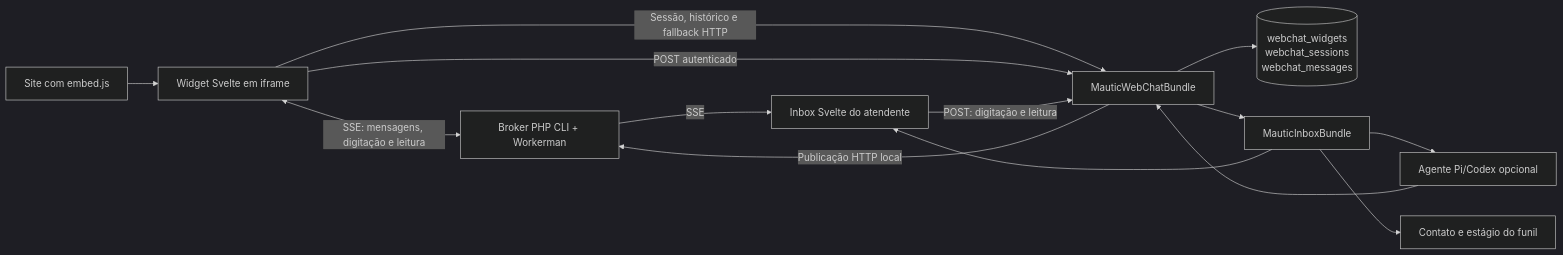
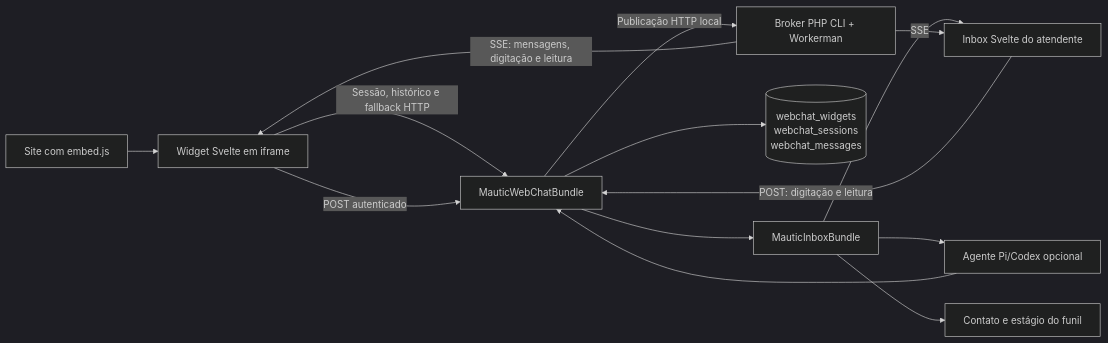
One commit to raphaelcangucu/mautic-webchat-bundle changed the diagram in README.md. Above: the diagram before and after it, drawn with Mermaid (dark theme). The commit also changed other lines of this file, not shown here.

Commit message:
docs: clarify one-way SSE event flow

````diff
--- a/README.md
+++ b/README.md
@@ -35,16 +35,16 @@
 ```mermaid
 flowchart LR
     Site[Site com embed.js] --> Frame[Widget Svelte em iframe]
-    Frame <-->|SSE: mensagens, digitação e leitura| Gateway[Broker PHP CLI + Workerman]
+    Gateway[Broker PHP CLI + Workerman] -->|SSE: mensagens, digitação e leitura| Frame
     Frame -->|Sessão, histórico e fallback HTTP| WebChat[MauticWebChatBundle]
     Frame -->|POST autenticado| WebChat
     WebChat -->|Publicação HTTP local| Gateway
     WebChat --> Store[(webchat_widgets\nwebchat_sessions\nwebchat_messages)]
     WebChat --> Inbox[MauticInboxBundle]
     Inbox --> Operator[Inbox Svelte do atendente]
     Gateway -->|SSE| Operator
     Operator -->|POST: digitação e leitura| WebChat
     Inbox --> AI[Agente Pi/Codex opcional]
     AI --> WebChat
     Inbox --> Contact[Contato e estágio do funil]
 ```
````
